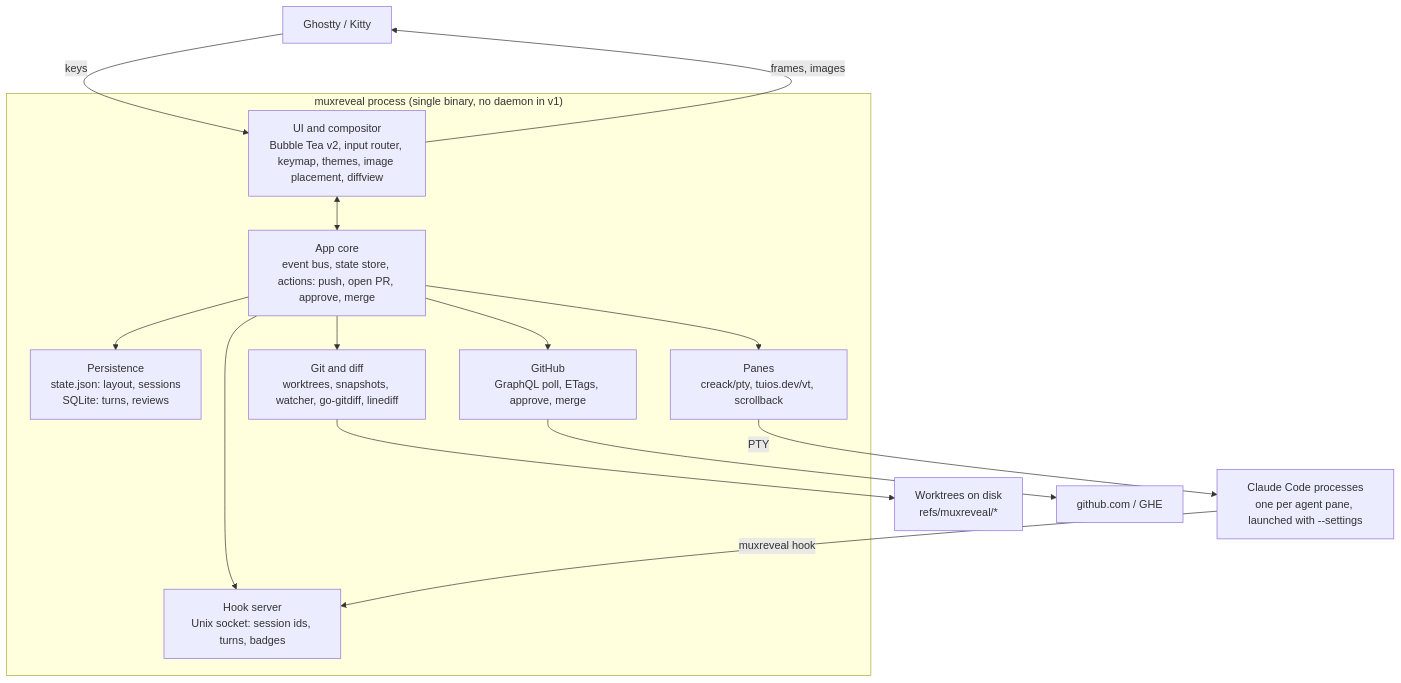
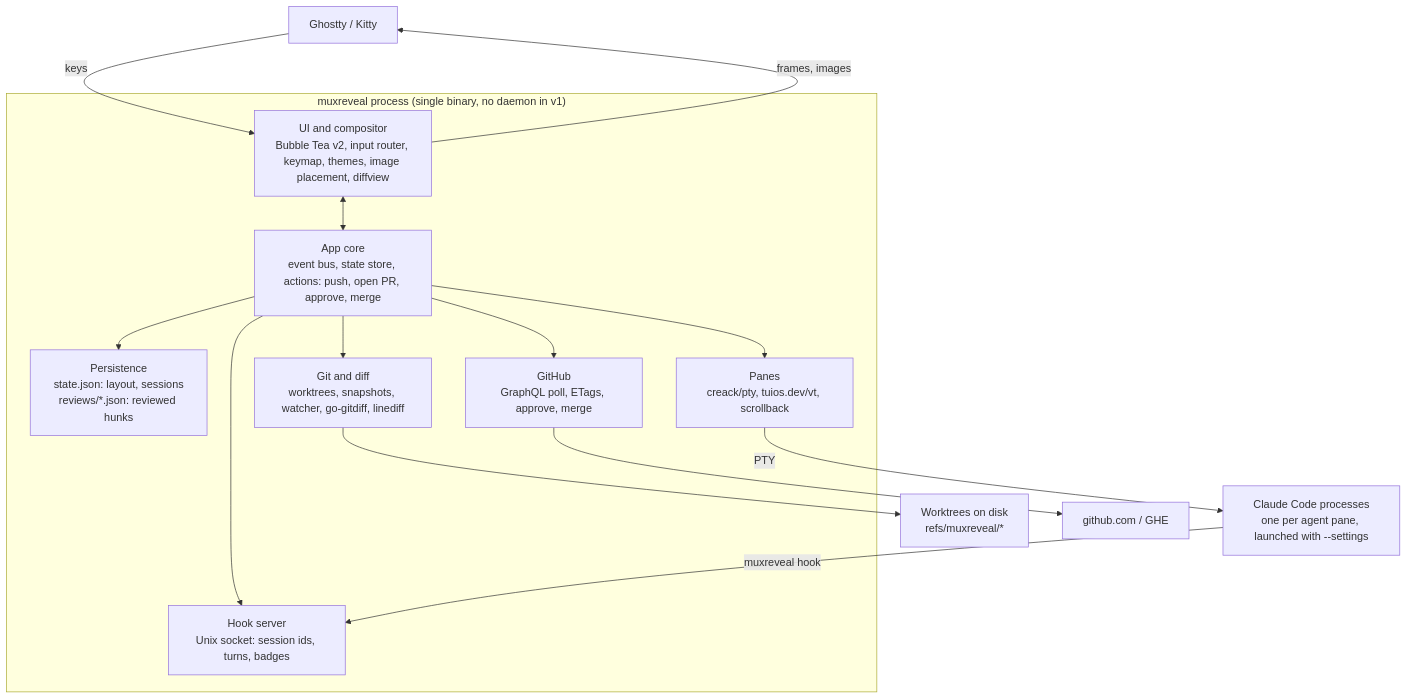
One commit to mhersson/muxreveal changed the diagram in docs/DESIGN.md. Above: the diagram before and after it, drawn with Mermaid. The commit also changed other lines of this file and 11 other files, not shown here.

First line of the commit message:
feat(store): keep reviewed-hunk marks per repository

````diff
--- a/docs/DESIGN.md
+++ b/docs/DESIGN.md
@@ -149,29 +149,29 @@
 ```mermaid
 flowchart TB
   term["Ghostty / Kitty"]
   subgraph proc["muxreveal process (single binary, no daemon in v1)"]
     ui["UI and compositor<br/>Bubble Tea v2, input router, keymap, themes, image placement, diffview"]
     core["App core<br/>event bus, state store, actions: push, open PR, approve, merge"]
-    store["Persistence<br/>state.json: layout, sessions<br/>SQLite: turns, reviews"]
+    store["Persistence<br/>state.json: layout, sessions<br/>reviews/*.json: reviewed hunks"]
     panes["Panes<br/>creack/pty, tuios.dev/vt, scrollback"]
     hooks["Hook server<br/>Unix socket: session ids, turns, badges"]
     git["Git and diff<br/>worktrees, snapshots, watcher, go-gitdiff, linediff"]
     gh["GitHub<br/>GraphQL poll, ETags, approve, merge"]
   end
   claude["Claude Code processes<br/>one per agent pane, launched with --settings"]
   wt["Worktrees on disk<br/>refs/muxreveal/*"]
   api["github.com / GHE"]
 
   term -- keys --> ui
   ui -- frames, images --> term
   ui <--> core
   core --> store
   core --> panes
   core --> hooks
   core --> git
   core --> gh
   panes -- PTY --> claude
   claude -- muxreveal hook --> hooks
   git --> wt
   gh --> api
 ```
````
